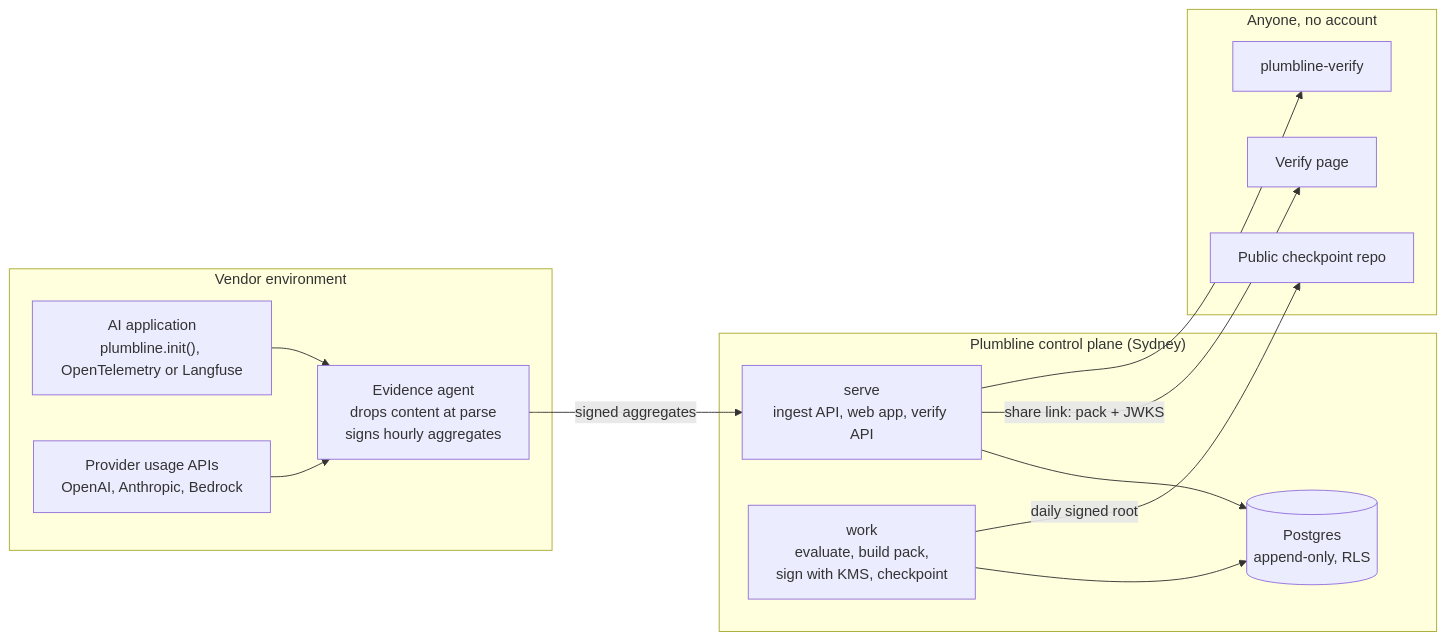
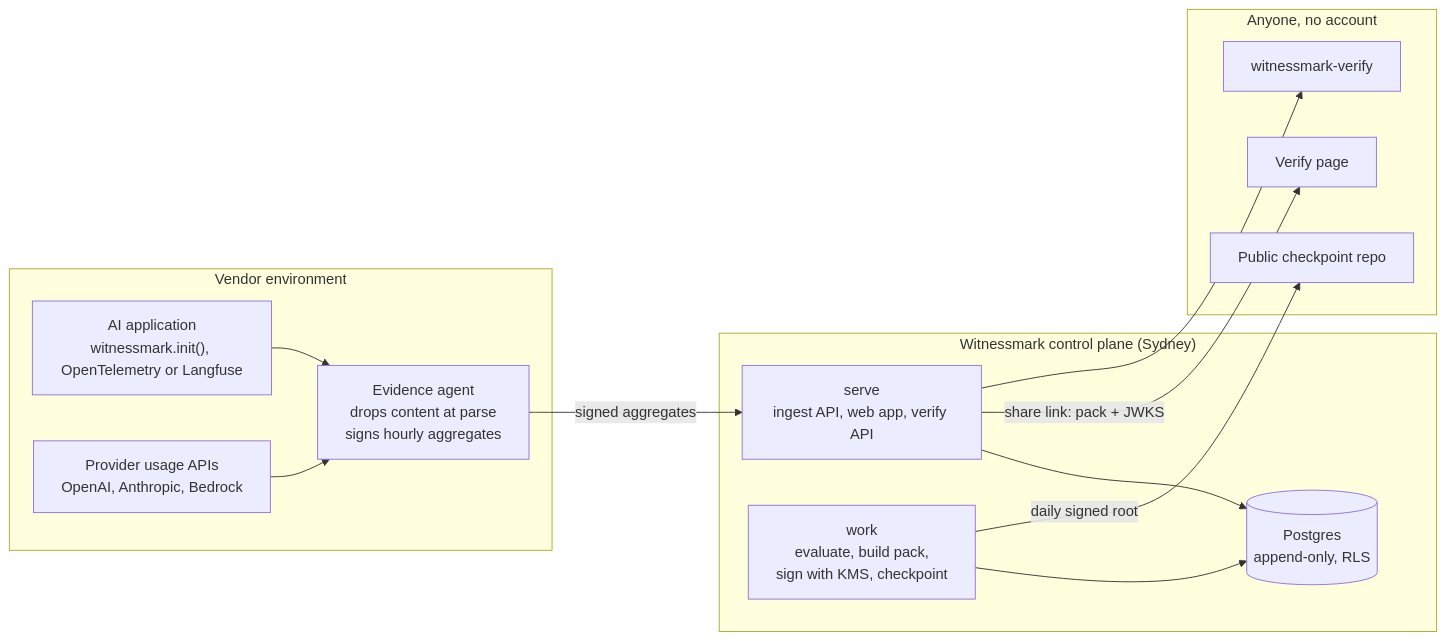
Before and after one commit to Lumetrix-Advanced-Technologies/tellproof-cloud: the diagram in README.md, drawn with Mermaid. The commit also changed other lines of this file and 195 other files, not shown here.

First line of the commit message:
Rename Plumbline to Witnessmark, keeping every v0.2 integration working

````diff
--- a/README.md
+++ b/README.md
@@ -163,20 +163,20 @@
 ```mermaid
 flowchart LR
   subgraph vendor["Vendor environment"]
-    app["AI application<br/>plumbline.init(), OpenTelemetry or Langfuse"] --> agent["Evidence agent<br/>drops content at parse<br/>signs hourly aggregates"]
+    app["AI application<br/>witnessmark.init(), OpenTelemetry or Langfuse"] --> agent["Evidence agent<br/>drops content at parse<br/>signs hourly aggregates"]
     usage["Provider usage APIs<br/>OpenAI, Anthropic, Bedrock"] --> agent
   end
-  subgraph cp["Plumbline control plane (Sydney)"]
+  subgraph cp["Witnessmark control plane (Sydney)"]
     serve["serve<br/>ingest API, web app, verify API"] --> db[("Postgres<br/>append-only, RLS")]
     work["work<br/>evaluate, build pack,<br/>sign with KMS, checkpoint"] --> db
   end
   subgraph anyone["Anyone, no account"]
     page["Verify page"]
-    cli["plumbline-verify"]
+    cli["witnessmark-verify"]
     repo["Public checkpoint repo"]
   end
   agent -- "signed aggregates" --> serve
   serve -- "share link: pack + JWKS" --> page
   serve --> cli
   work -- "daily signed root" --> repo
 ```
````
